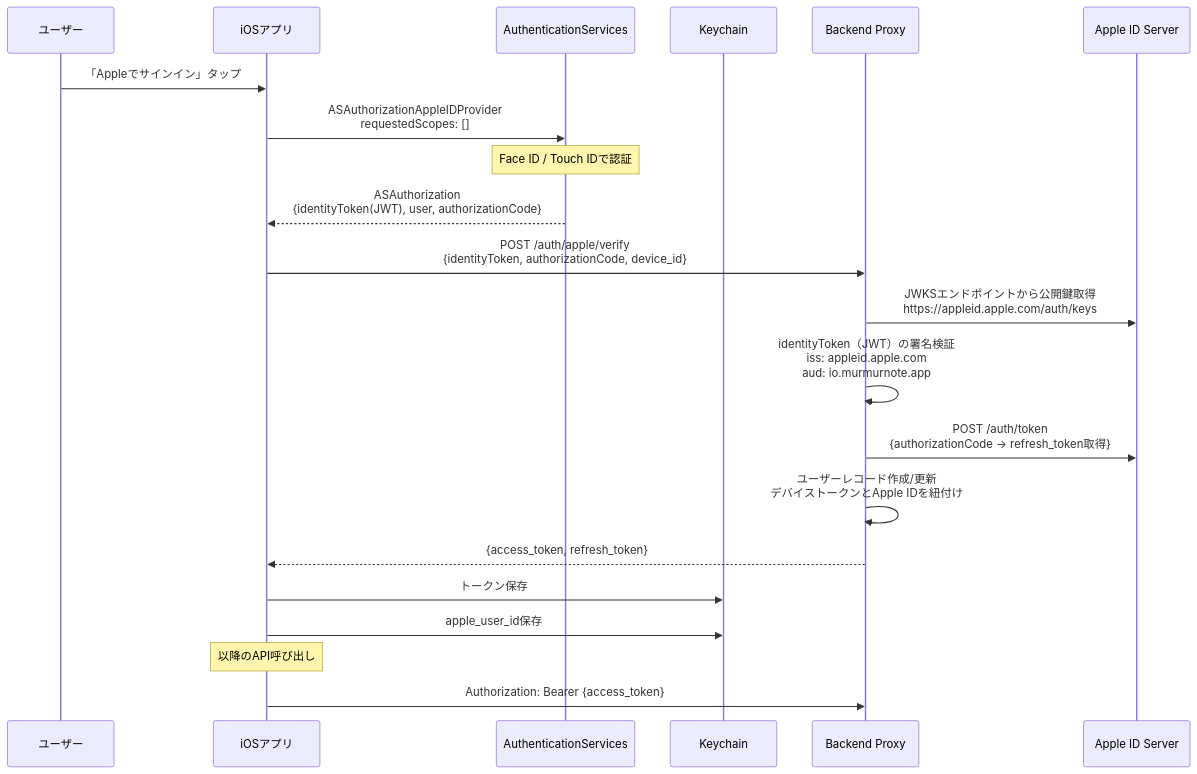
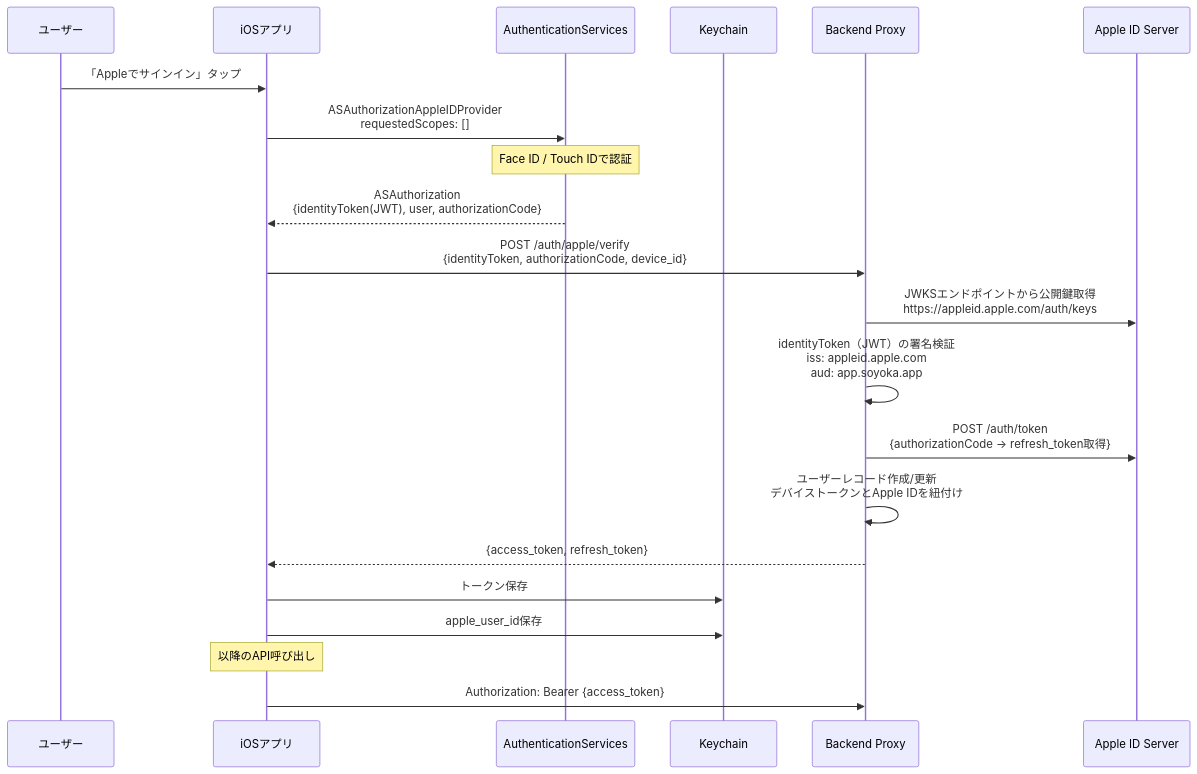
The ninth of 17 diagrams in docs/spec/ai-voice-memo/design/05-security.md (yoskmr/VoiceMemo), drawn with Mermaid before and after one commit. The commit also changed other lines of this file and 219 other files, not shown here.

````diff
--- a/docs/spec/ai-voice-memo/design/05-security.md
+++ b/docs/spec/ai-voice-memo/design/05-security.md
@@ -791,31 +791,31 @@
 ```mermaid
 sequenceDiagram
     participant User as ユーザー
     participant App as iOSアプリ
     participant ASAuth as AuthenticationServices
     participant KC as Keychain
     participant Proxy as Backend Proxy
     participant Apple as Apple ID Server
 
     User->>App: 「Appleでサインイン」タップ
     App->>ASAuth: ASAuthorizationAppleIDProvider<br/>requestedScopes: []
 
     Note over ASAuth: Face ID / Touch IDで認証
     ASAuth-->>App: ASAuthorization<br/>{identityToken(JWT), user, authorizationCode}
 
     App->>Proxy: POST /auth/apple/verify<br/>{identityToken, authorizationCode, device_id}
 
     Proxy->>Apple: JWKSエンドポイントから公開鍵取得<br/>https://appleid.apple.com/auth/keys
-    Proxy->>Proxy: identityToken（JWT）の署名検証<br/>iss: appleid.apple.com<br/>aud: io.murmurnote.app
+    Proxy->>Proxy: identityToken（JWT）の署名検証<br/>iss: appleid.apple.com<br/>aud: app.soyoka.app
 
     Proxy->>Apple: POST /auth/token<br/>{authorizationCode → refresh_token取得}
 
     Proxy->>Proxy: ユーザーレコード作成/更新<br/>デバイストークンとApple IDを紐付け
     Proxy-->>App: {access_token, refresh_token}
 
     App->>KC: トークン保存
     App->>KC: apple_user_id保存
 
     Note over App: 以降のAPI呼び出し
     App->>Proxy: Authorization: Bearer {access_token}
 ```
````
